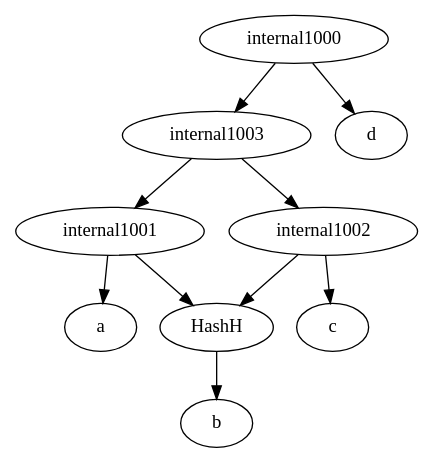
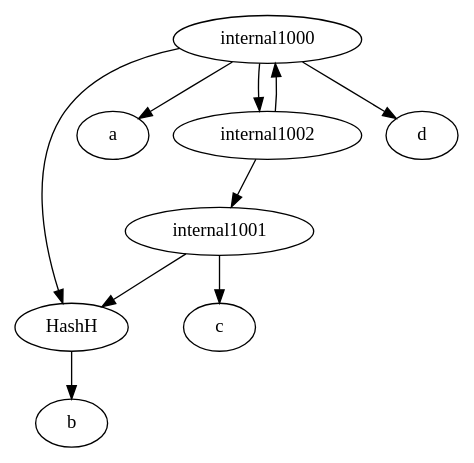
The diagram in ParsingTxt/Launcher/upload.dot (iharnoor/PhylogeneticsWebsite), drawn with Graphviz before and after one commit. The commit also changed 6 other files, not shown here.

```diff
--- a/ParsingTxt/Launcher/upload.dot
+++ b/ParsingTxt/Launcher/upload.dot
@@ -1,11 +1,11 @@
 strict digraph G1 {
 HashH -> b
+internal1000 -> HashH
+internal1000 -> a
+internal1001 -> c
 internal1001 -> HashH
-internal1001 -> a
-internal1002 -> c
-internal1002 -> HashH
-internal1003 -> internal1002
-internal1003 -> internal1001
+internal1002 -> internal1001
+internal1002 -> internal1000
 internal1000 -> d
-internal1000 -> internal1003
+internal1000 -> internal1002
 }
```
